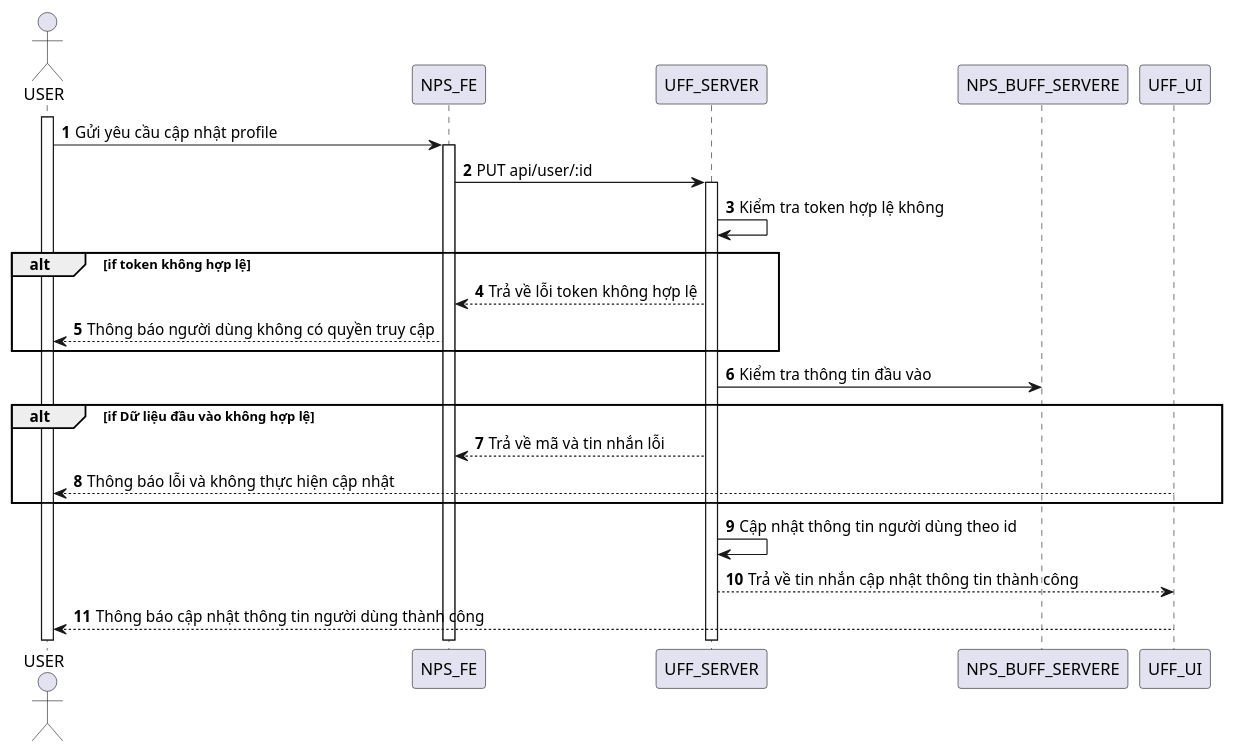
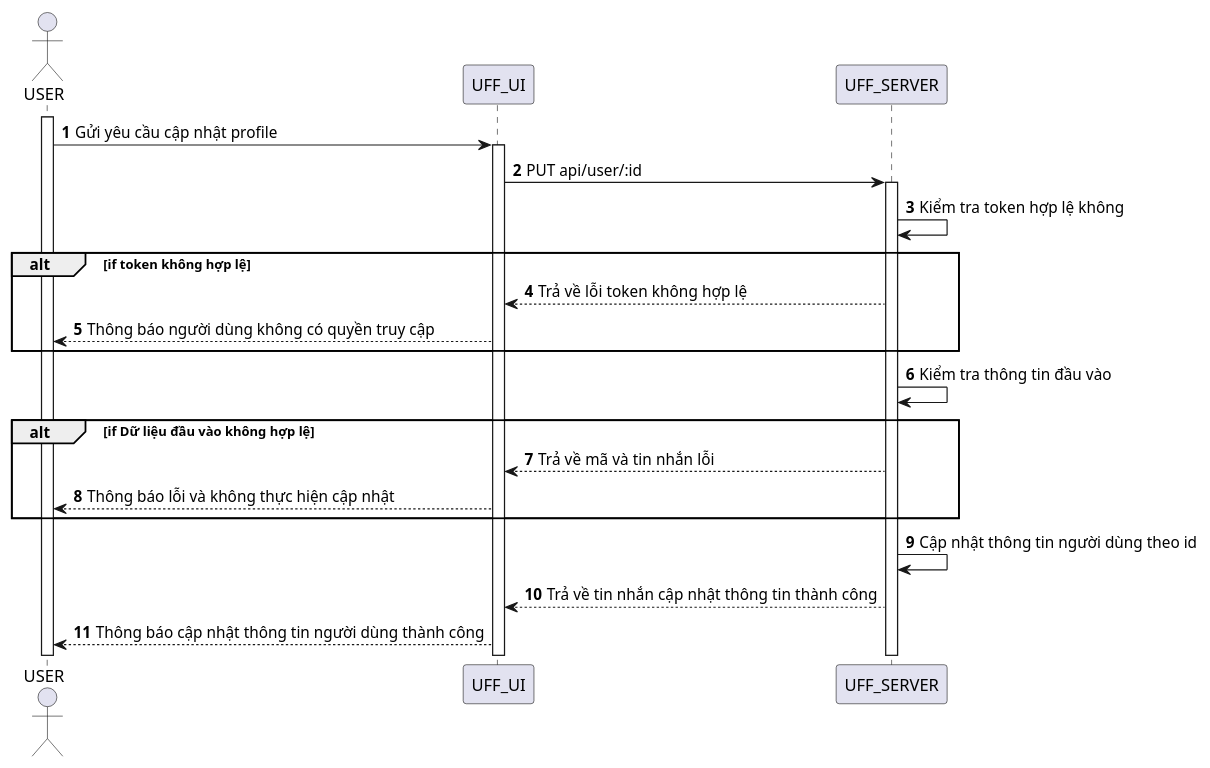
One commit to congdanh0101/fast-food changed the diagram in SequenceDiagram/User/update-profile.puml. Above: the diagram before and after it, drawn with PlantUML. The commit also changed 20 other files, not shown here.

```diff
--- a/SequenceDiagram/User/update-profile.puml
+++ b/SequenceDiagram/User/update-profile.puml
@@ -1,25 +1,25 @@
 @startuml
 autonumber
 actor USER
 activate USER
-USER -> NPS_FE: Gửi yêu cầu cập nhật profile
-activate NPS_FE
-NPS_FE -> UFF_SERVER: PUT api/user/:id
+USER -> UFF_UI: Gửi yêu cầu cập nhật profile
+activate UFF_UI
+UFF_UI -> UFF_SERVER: PUT api/user/:id
 activate UFF_SERVER
 UFF_SERVER -> UFF_SERVER: Kiểm tra token hợp lệ không
 
 alt if token không hợp lệ
-UFF_SERVER --> NPS_FE: Trả về lỗi token không hợp lệ
-NPS_FE --> USER: Thông báo người dùng không có quyền truy cập
+UFF_SERVER --> UFF_UI: Trả về lỗi token không hợp lệ
+UFF_UI --> USER: Thông báo người dùng không có quyền truy cập
 end
 
-UFF_SERVER -> NPS_BUFF_SERVERE:Kiểm tra thông tin đầu vào
+UFF_SERVER -> UFF_SERVER:Kiểm tra thông tin đầu vào
 alt if Dữ liệu đầu vào không hợp lệ
-UFF_SERVER --> NPS_FE: Trả về mã và tin nhắn lỗi
+UFF_SERVER --> UFF_UI: Trả về mã và tin nhắn lỗi
 UFF_UI --> USER: Thông báo lỗi và không thực hiện cập nhật
 end alt
 
 UFF_SERVER -> UFF_SERVER: Cập nhật thông tin người dùng theo id
 UFF_SERVER --> UFF_UI: Trả về tin nhắn cập nhật thông tin thành công
 UFF_UI --> USER: Thông báo cập nhật thông tin người dùng thành công
 @enduml
```
